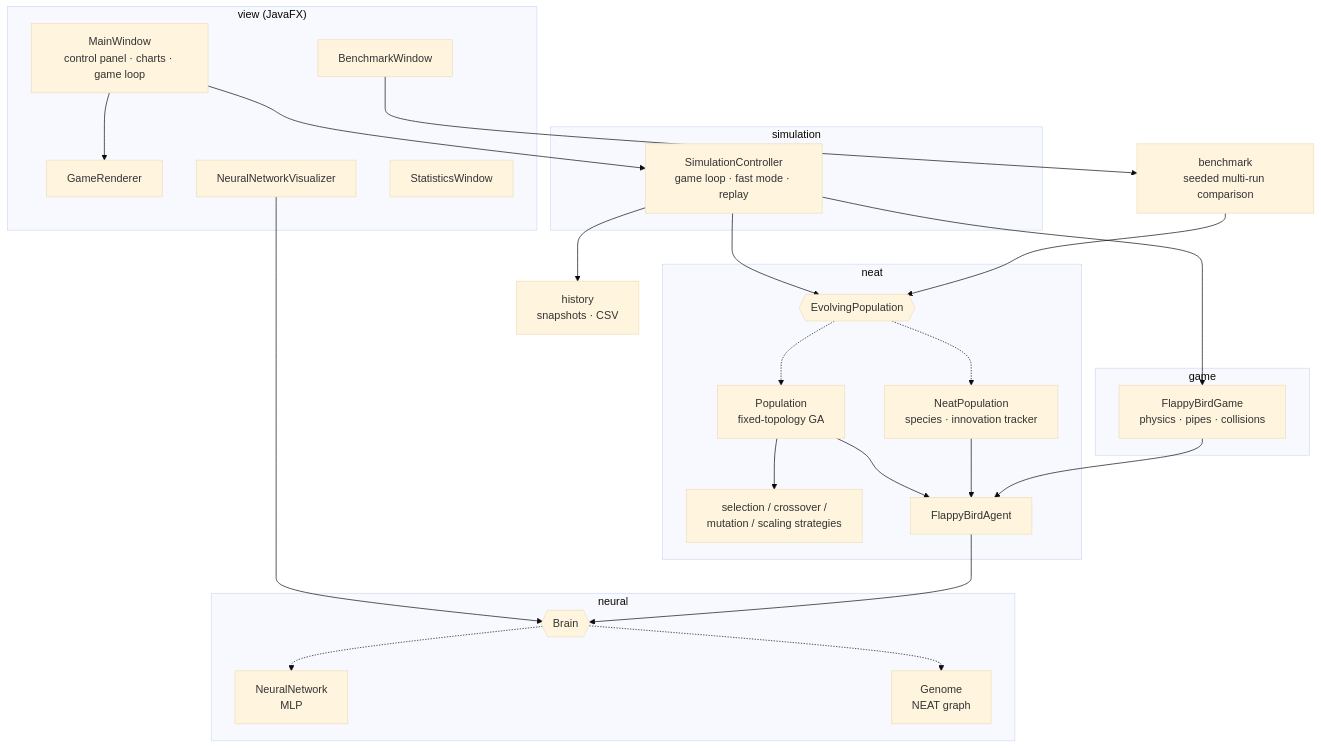
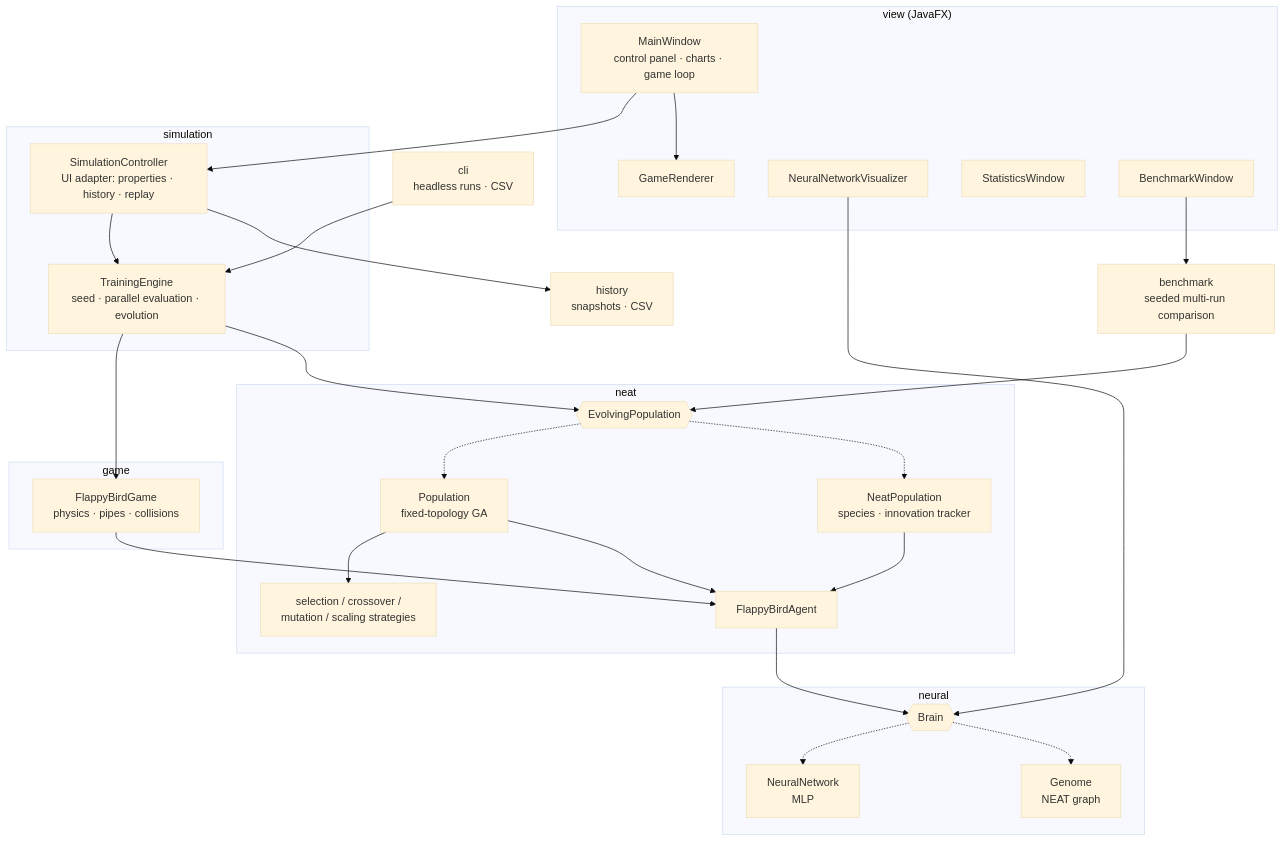
The second of 2 diagrams in README.md (guillesanper/FlappyBirdNeat), drawn with Mermaid (base theme) before and after one commit. The commit also changed other lines of this file, not shown here.

First line of the commit message:
docs: document the headless CLI, parallel evaluation and measured performance

````diff
--- a/README.md
+++ b/README.md
@@ -74,44 +75,48 @@
 ```mermaid
 flowchart TB
     subgraph View["view (JavaFX)"]
         UI[MainWindow<br/>control panel · charts · game loop]
         GR[GameRenderer]
         NV[NeuralNetworkVisualizer]
         SW[StatisticsWindow]
         BW[BenchmarkWindow]
     end
+    CLI[cli<br/>headless runs · CSV]
     subgraph Core["simulation"]
-        SC[SimulationController<br/>game loop · fast mode · replay]
+        SC[SimulationController<br/>UI adapter: properties · history · replay]
+        TE[TrainingEngine<br/>seed · parallel evaluation · evolution]
     end
     subgraph Game["game"]
         G[FlappyBirdGame<br/>physics · pipes · collisions]
     end
     subgraph Evo["neat"]
         EP{{EvolvingPopulation}}
         P[Population<br/>fixed-topology GA]
         NP[NeatPopulation<br/>species · innovation tracker]
         OPS[selection / crossover /<br/>mutation / scaling strategies]
         A[FlappyBirdAgent]
     end
     subgraph Brain["neural"]
         BR{{Brain}}
         NN[NeuralNetwork<br/>MLP]
         GE[Genome<br/>NEAT graph]
     end
     H[history<br/>snapshots · CSV]
     BM[benchmark<br/>seeded multi-run comparison]
 
     UI --> SC
     UI --> GR
     NV --> BR
-    SC --> G
-    SC --> EP
+    SC --> TE
     SC --> H
+    CLI --> TE
+    TE --> G
+    TE --> EP
     BW --> BM --> EP
     EP -.-> P & NP
     P --> OPS
     P & NP --> A
     G --> A
     A --> BR
     BR -.-> NN & GE
 ```
````
